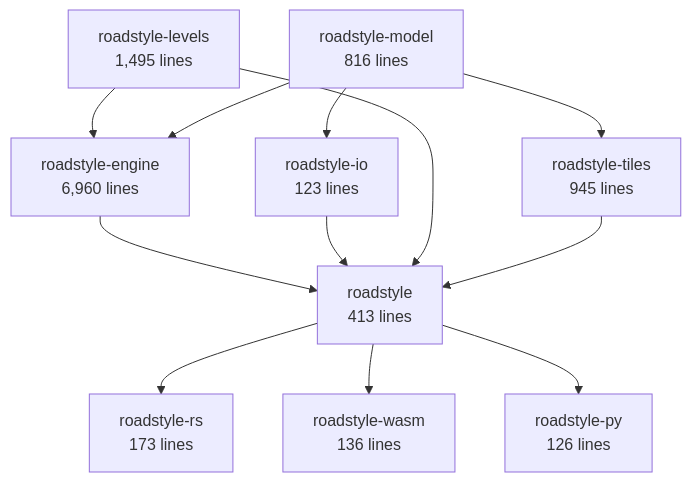
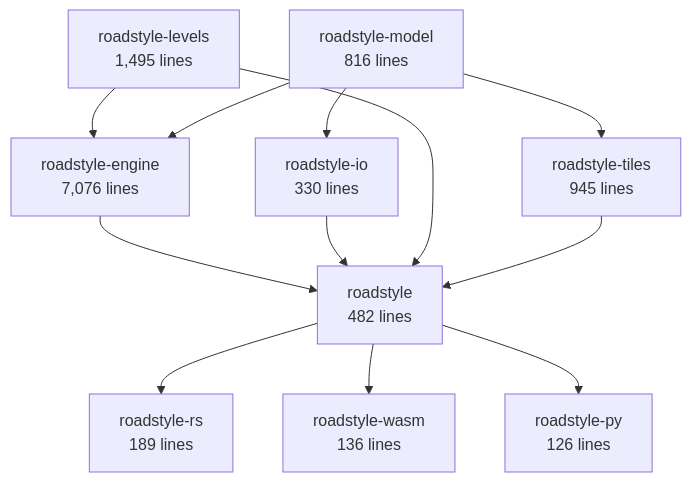
The second of 6 diagrams in docs/rust/architecture.md (Khoshkhah/roadstyle), drawn with Mermaid before and after one commit. The commit also changed other lines of this file and 10 other files, not shown here.

````diff
--- a/docs/rust/architecture.md
+++ b/docs/rust/architecture.md
@@ -69,23 +69,23 @@
 ```mermaid
 flowchart TB
     roadstyle_model["roadstyle-model<br/>816 lines"]
-    roadstyle_io["roadstyle-io<br/>123 lines"]
+    roadstyle_io["roadstyle-io<br/>330 lines"]
     roadstyle_levels["roadstyle-levels<br/>1,495 lines"]
-    roadstyle_engine["roadstyle-engine<br/>6,960 lines"]
+    roadstyle_engine["roadstyle-engine<br/>7,076 lines"]
     roadstyle_tiles["roadstyle-tiles<br/>945 lines"]
-    roadstyle["roadstyle<br/>413 lines"]
-    roadstyle_rs["roadstyle-rs<br/>173 lines"]
+    roadstyle["roadstyle<br/>482 lines"]
+    roadstyle_rs["roadstyle-rs<br/>189 lines"]
     roadstyle_wasm["roadstyle-wasm<br/>136 lines"]
     roadstyle_py["roadstyle-py<br/>126 lines"]
     roadstyle_model --> roadstyle_io
     roadstyle_levels --> roadstyle_engine
     roadstyle_model --> roadstyle_engine
     roadstyle_model --> roadstyle_tiles
     roadstyle_engine --> roadstyle
     roadstyle_io --> roadstyle
     roadstyle_levels --> roadstyle
     roadstyle_tiles --> roadstyle
     roadstyle --> roadstyle_rs
     roadstyle --> roadstyle_wasm
     roadstyle --> roadstyle_py
 ```
````
